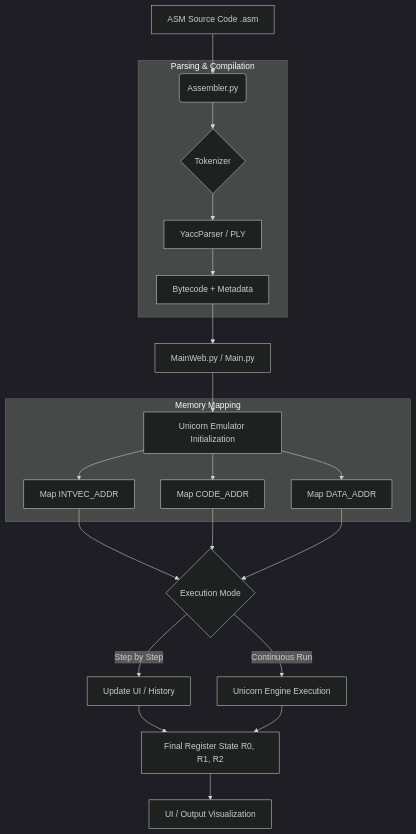
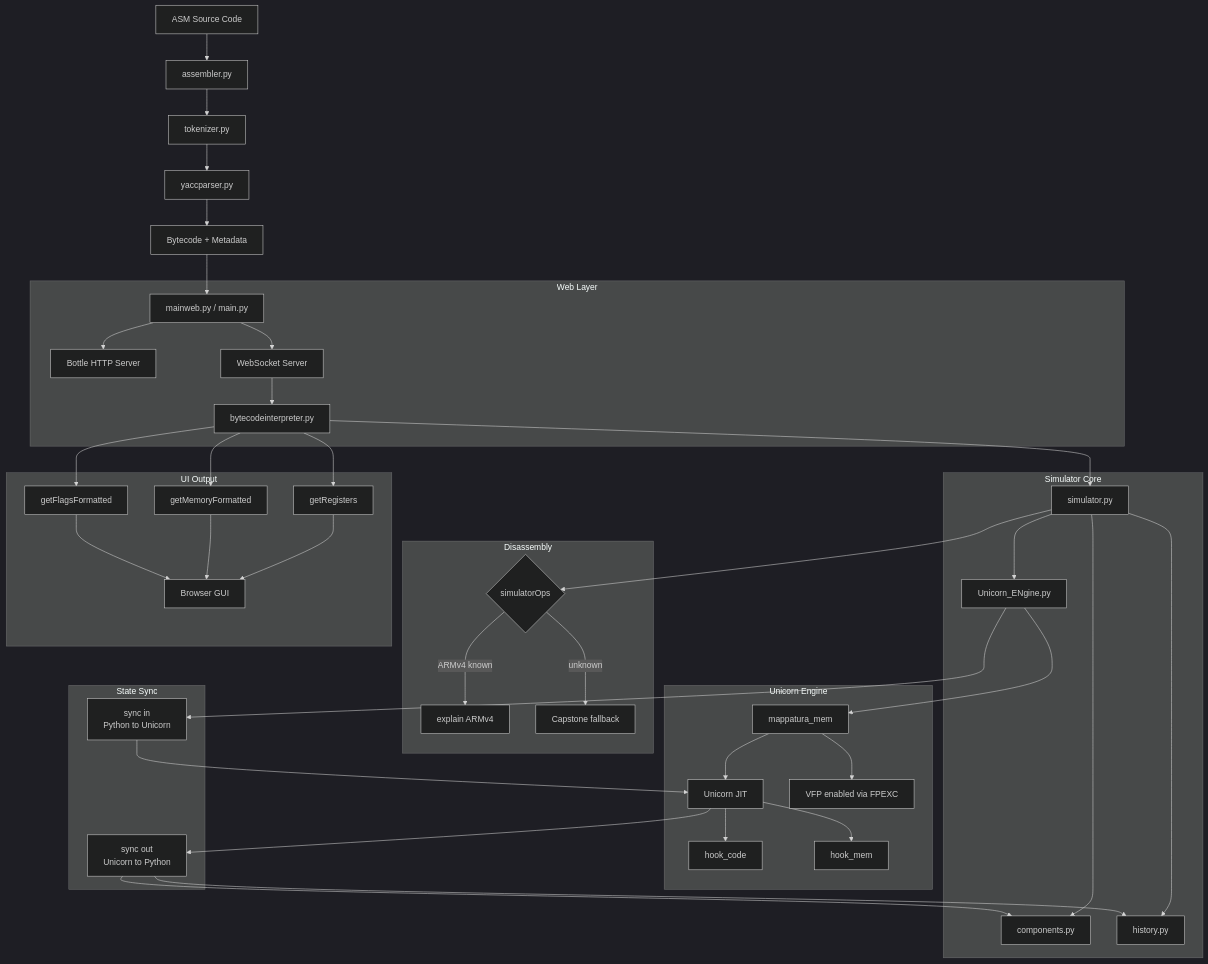
The diagram in README.md (ByteBea/ARMulator-Unicorn-v1), drawn with Mermaid (dark theme) before and after one commit. The commit also changed other lines of this file and 3 other files, not shown here.

````diff
--- a/README.md
+++ b/README.md
@@ -210,27 +217,50 @@
 ```mermaid
 graph TD
-%% Source Input
-A[ASM Source Code .asm] --> B(Assembler.py)
-%% Parsing Phase
-subgraph "Parsing & Compilation"
-B --> C{Tokenizer}
-C --> D[YaccParser / PLY]
-D --> E[Bytecode + Metadata]
-end
-%% Initialization
-E --> F[MainWeb.py / Main.py]
-F --> G[Unicorn Emulator Initialization]
-%% Memory Mapping
-subgraph "Memory Mapping"
-G --> H[Map INTVEC_ADDR]
-G --> I[Map CODE_ADDR]
-G --> J[Map DATA_ADDR]
-end
-%% Execution Loop
-H & I & J --> K{Execution Mode}
-K -- Step by Step --> L[Update UI / History]
-K -- Continuous Run --> M[Unicorn Engine Execution]
-%% Results
-L & M --> N[Final Register State R0, R1, R2]
-N --> O[UI / Output Visualization]
+    A[ASM Source Code] --> B[assembler.py]
+    B --> C[tokenizer.py]
+    C --> D[yaccparser.py]
+    D --> E[Bytecode + Metadata]
+    E --> F[mainweb.py / main.py]
+
+    subgraph "Web Layer"
+        F --> G[Bottle HTTP Server]
+        F --> H[WebSocket Server]
+        H --> I[bytecodeinterpreter.py]
+    end
+
+    subgraph "Simulator Core"
+        I --> J[simulator.py]
+        J --> K[Unicorn_ENgine.py]
+        J --> L[components.py]
+        J --> M[history.py]
+    end
+
+    subgraph "Unicorn Engine"
+        K --> N[mappatura_mem]
+        N --> O[Unicorn JIT]
+        N --> P[VFP enabled via FPEXC]
+        O --> Q[hook_code]
+        O --> R[hook_mem]
+    end
+
+    subgraph "Disassembly"
+        J --> S{simulatorOps}
+        S -- ARMv4 known --> T[explain ARMv4]
+        S -- unknown --> U[Capstone fallback]
+    end
+
+    subgraph "State Sync"
+        K --> V[sync in\nPython to Unicorn]
+        V --> O
+        O --> W[sync out\nUnicorn to Python]
+        W --> L
+        W --> M
+    end
+
+    subgraph "UI Output"
+        I --> X[getRegisters]
+        I --> Y[getMemoryFormatted]
+        I --> Z[getFlagsFormatted]
+        X & Y & Z --> AA[Browser GUI]
+    end
 ```
````
